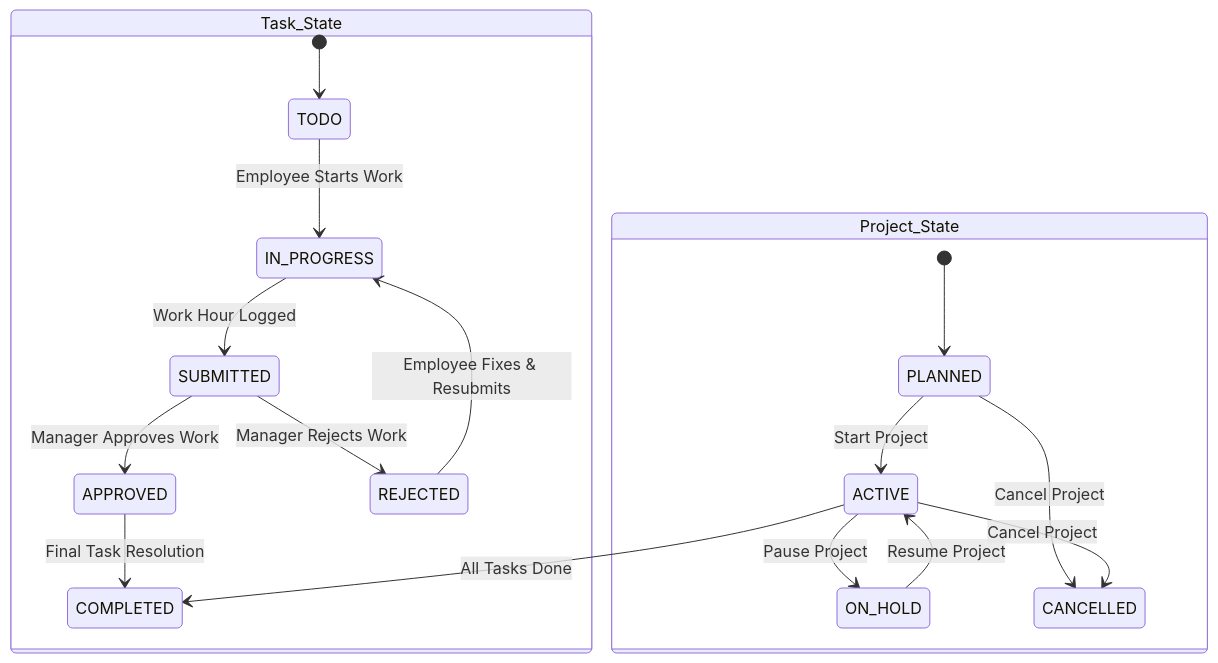
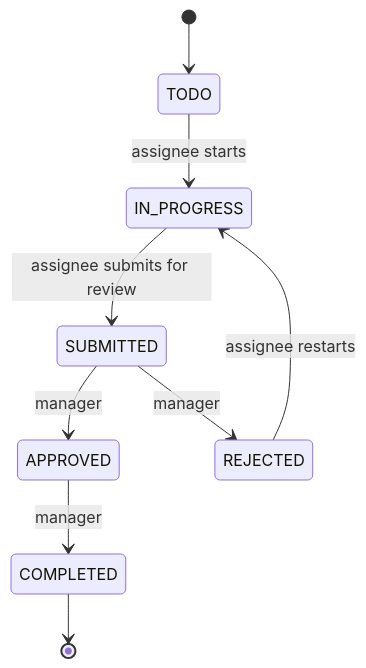
The fifth of 8 diagrams in workflow.md (mariyamnavila/emnex-backend), drawn with Mermaid before and after one commit. The commit also changed other lines of this file and 8 other files, not shown here.

````diff
--- a/workflow.md
+++ b/workflow.md
@@ -95,22 +159,11 @@
 ```mermaid
 stateDiagram-v2
-    state Project_State {
-        [*] --> PLANNED
-        PLANNED --> ACTIVE: Start Project
-        ACTIVE --> ON_HOLD: Pause Project
-        ON_HOLD --> ACTIVE: Resume Project
-        ACTIVE --> COMPLETED: All Tasks Done
-        PLANNED --> CANCELLED: Cancel Project
-        ACTIVE --> CANCELLED: Cancel Project
-    }
-
-    state Task_State {
-        [*] --> TODO
-        TODO --> IN_PROGRESS: Employee Starts Work
-        IN_PROGRESS --> SUBMITTED: Work Hour Logged
-        SUBMITTED --> APPROVED: Manager Approves Work
-        SUBMITTED --> REJECTED: Manager Rejects Work
-        REJECTED --> IN_PROGRESS: Employee Fixes & Resubmits
-        APPROVED --> COMPLETED: Final Task Resolution
-    }
+    [*] --> TODO
+    TODO --> IN_PROGRESS: assignee starts
+    IN_PROGRESS --> SUBMITTED: assignee submits for review
+    SUBMITTED --> APPROVED: manager
+    SUBMITTED --> REJECTED: manager
+    REJECTED --> IN_PROGRESS: assignee restarts
+    APPROVED --> COMPLETED: manager
+    COMPLETED --> [*]
 ```
````
